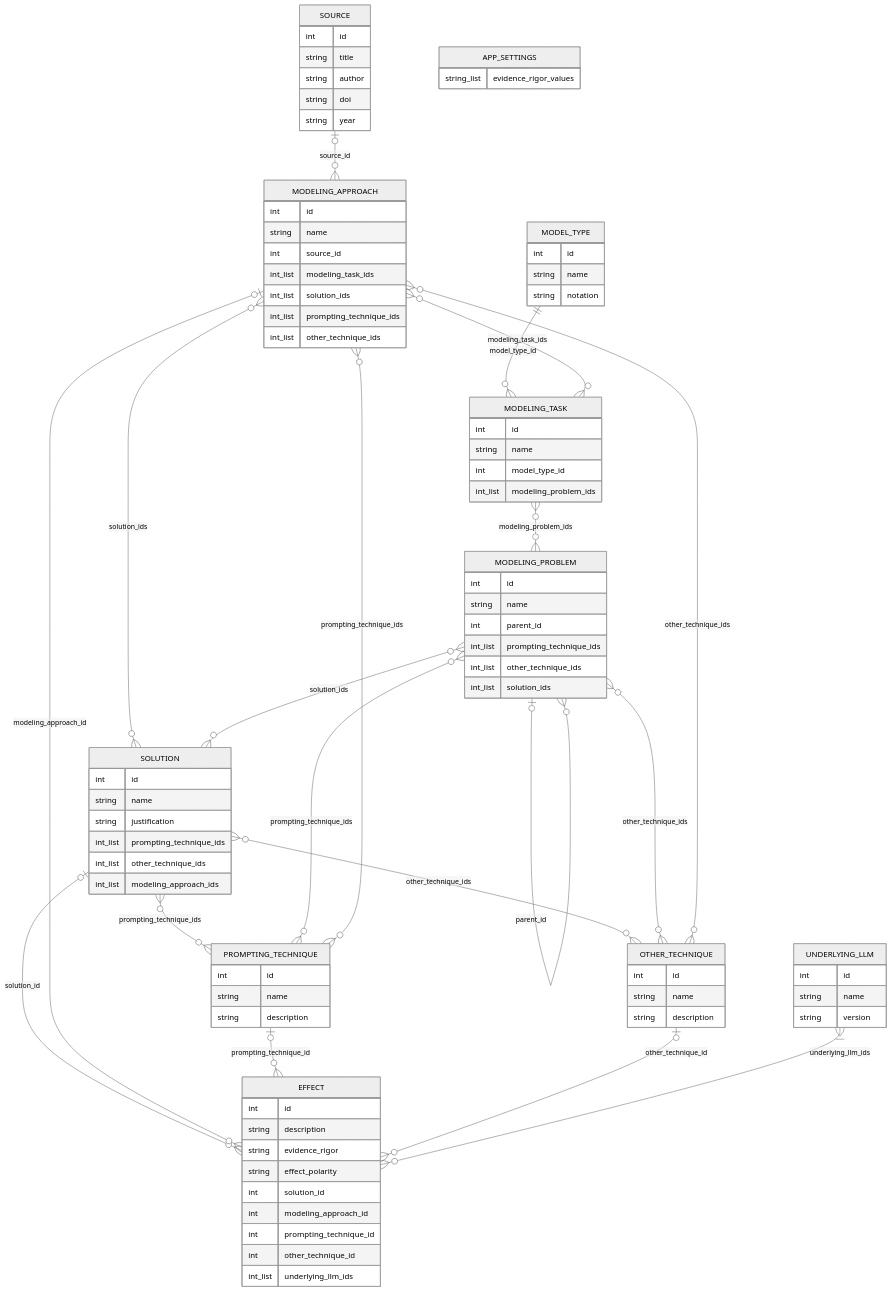
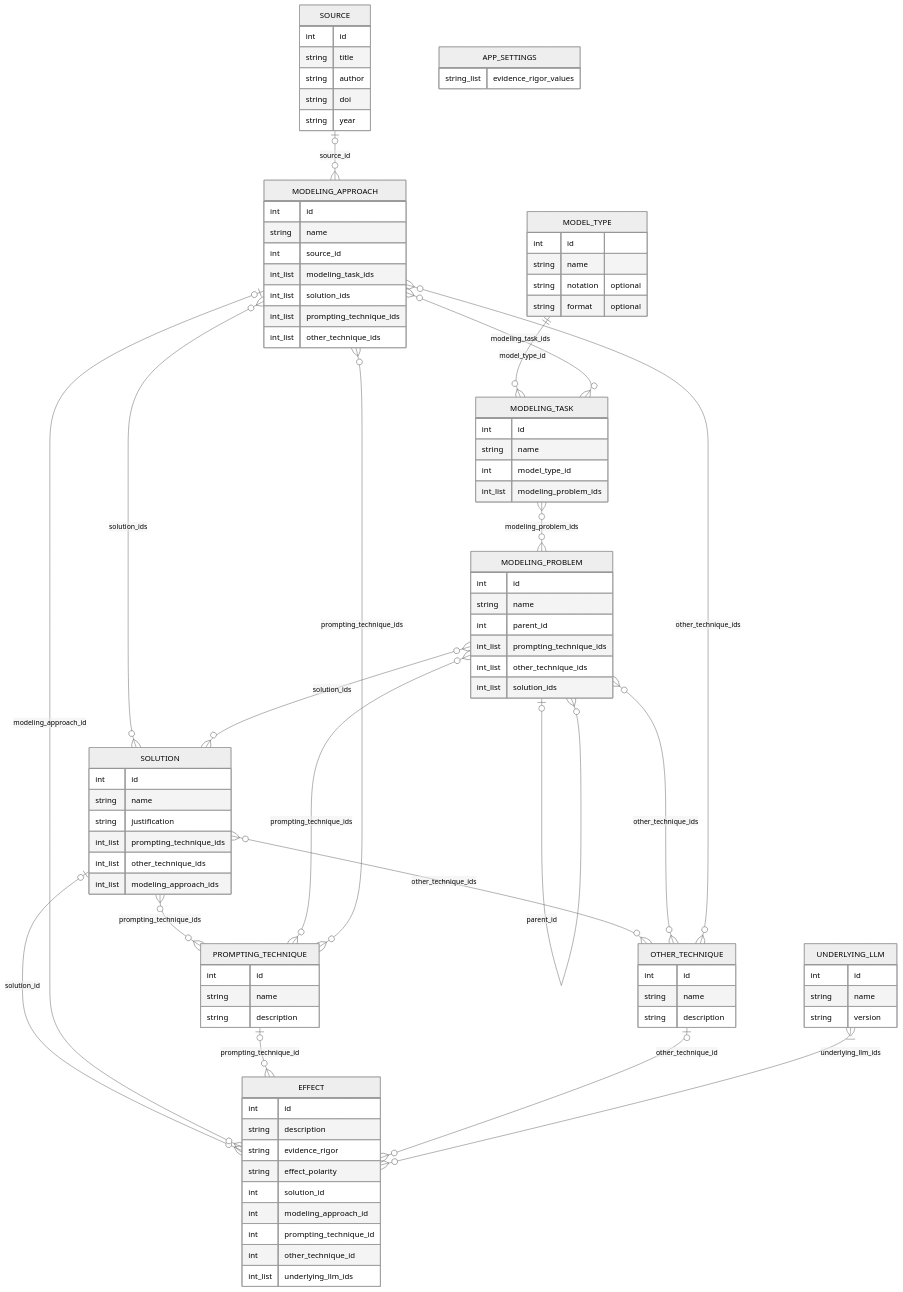
Before and after one commit to sybrendekinderen-afk/aap-alternative-modeling-app: the diagram in kb_data_model.mmd, drawn with Mermaid (neutral theme). The commit also changed 4 other files, not shown here.

```diff
--- a/kb_data_model.mmd
+++ b/kb_data_model.mmd
@@ -1,99 +1,100 @@
 erDiagram
     SOLUTION {
         int id
         string name
         string justification
         int_list prompting_technique_ids
         int_list other_technique_ids
         int_list modeling_approach_ids
     }
     SOURCE {
         int id
         string title
         string author
         string doi
         string year
     }
     EFFECT {
         int id
         string description
         string evidence_rigor
         string effect_polarity
         int solution_id
         int modeling_approach_id
         int prompting_technique_id
         int other_technique_id
         int_list underlying_llm_ids
     }
     UNDERLYING_LLM {
         int id
         string name
         string version
     }
     MODEL_TYPE {
         int id
         string name
-        string notation
+        string notation "optional"
+        string format "optional"
     }
     PROMPTING_TECHNIQUE {
         int id
         string name
         string description
     }
     OTHER_TECHNIQUE {
         int id
         string name
         string description
     }
     MODELING_TASK {
         int id
         string name
         int model_type_id
         int_list modeling_problem_ids
     }
     MODELING_PROBLEM {
         int id
         string name
         int parent_id
         int_list prompting_technique_ids
         int_list other_technique_ids
         int_list solution_ids
     }
     MODELING_APPROACH {
         int id
         string name
         int source_id
         int_list modeling_task_ids
         int_list solution_ids
         int_list prompting_technique_ids
         int_list other_technique_ids
     }
     APP_SETTINGS {
         string_list evidence_rigor_values
     }
 
     MODELING_APPROACH }o--o{ SOLUTION : solution_ids
     SOLUTION }o--o{ PROMPTING_TECHNIQUE : prompting_technique_ids
     SOLUTION }o--o{ OTHER_TECHNIQUE : other_technique_ids
 
     MODELING_PROBLEM }o--o{ SOLUTION : solution_ids
     MODELING_PROBLEM }o--o{ PROMPTING_TECHNIQUE : prompting_technique_ids
     MODELING_PROBLEM }o--o{ OTHER_TECHNIQUE : other_technique_ids
     MODELING_PROBLEM o|--o{ MODELING_PROBLEM : parent_id
 
     MODELING_TASK }o--o{ MODELING_PROBLEM : modeling_problem_ids
     MODEL_TYPE ||--o{ MODELING_TASK : model_type_id
 
     SOURCE o|--o{ MODELING_APPROACH : source_id
     MODELING_APPROACH }o--o{ MODELING_TASK : modeling_task_ids
     MODELING_APPROACH }o--o{ PROMPTING_TECHNIQUE : prompting_technique_ids
     MODELING_APPROACH }o--o{ OTHER_TECHNIQUE : other_technique_ids
 
     SOLUTION o|--o{ EFFECT : solution_id
     MODELING_APPROACH o|--o{ EFFECT : modeling_approach_id
     PROMPTING_TECHNIQUE o|--o{ EFFECT : prompting_technique_id
     OTHER_TECHNIQUE o|--o{ EFFECT : other_technique_id
     UNDERLYING_LLM |{--o{ EFFECT : underlying_llm_ids
 
 %% The four optional effect bindings are mutually exclusive: an effect is bound to at most one of solution, approach, prompting technique, or other technique.
 %% The ID-list relationships above are stored as arrays in data.json; they are not separate join-record collections.
```
